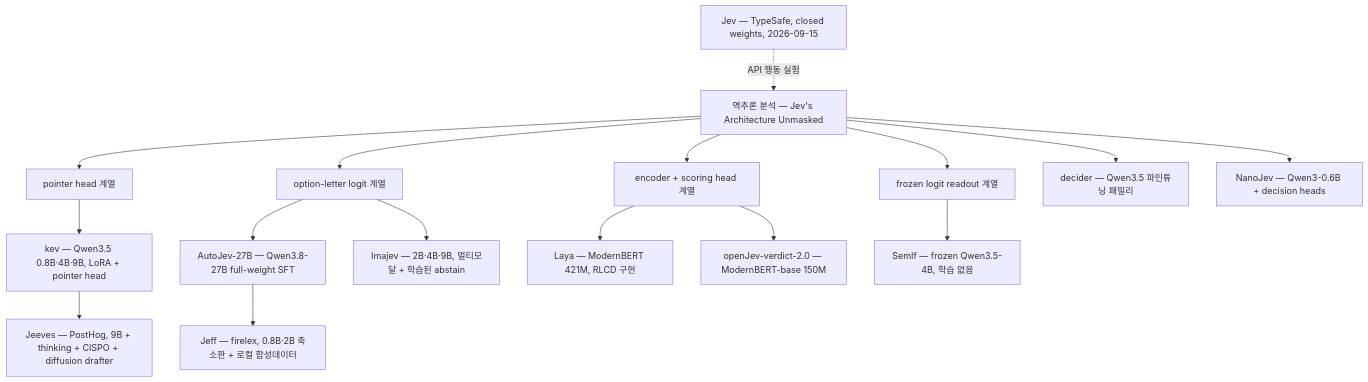
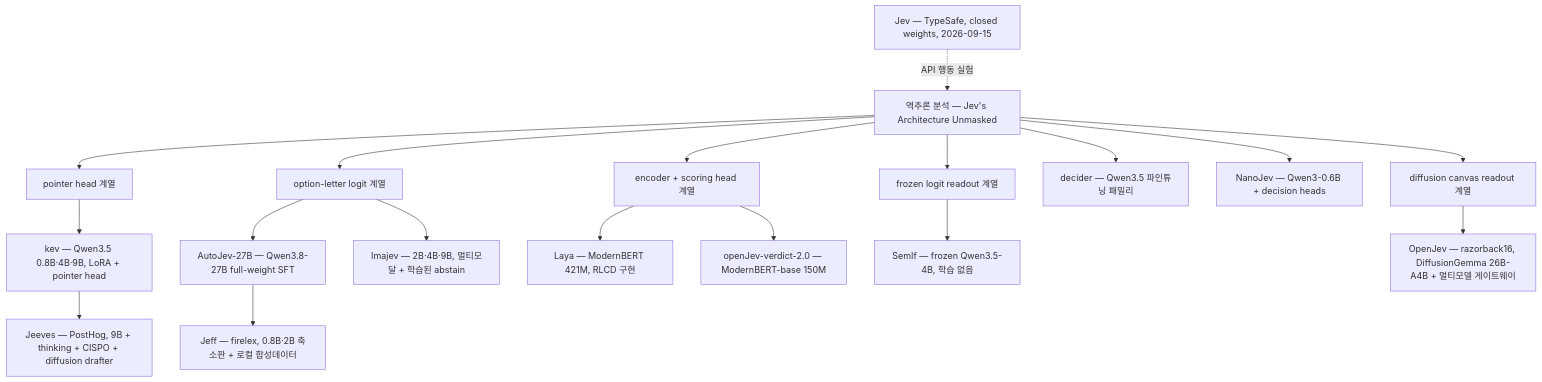
Before and after one commit to sangyun628/research: the second of 3 diagrams in ai-infrastructure/system-one-models/README.md, drawn with Mermaid. The commit also changed other lines of this file and 4 other files, not shown here.

First line of the commit message:
docs: OpenJev(razorback16) 추가 및 기존 주장 2건 정정

````diff
--- a/ai-infrastructure/system-one-models/README.md
+++ b/ai-infrastructure/system-one-models/README.md
@@ -49,22 +49,24 @@
 ```mermaid
 flowchart TB
   JEV["Jev — TypeSafe, closed weights, 2026-09-15"]
   AH["역추론 분석 — Jev's Architecture Unmasked"]
   JEV -.->|"API 행동 실험"| AH
 
   AH --> PH["pointer head 계열"]
   AH --> LL["option-letter logit 계열"]
   AH --> ENC["encoder + scoring head 계열"]
   AH --> FZ["frozen logit readout 계열"]
 
   PH --> KEV["kev — Qwen3.5 0.8B·4B·9B, LoRA + pointer head"]
   KEV --> JEEVES["Jeeves — PostHog, 9B + thinking + CISPO + diffusion drafter"]
   LL --> AUTOJEV["AutoJev-27B — Qwen3.8-27B full-weight SFT"]
   AUTOJEV --> JEFF["Jeff — firelex, 0.8B·2B 축소판 + 로컬 합성데이터"]
   LL --> IMAJEV["Imajev — 2B·4B·9B, 멀티모달 + 학습된 abstain"]
   AH --> DECIDER["decider — Qwen3.5 파인튜닝 패밀리"]
   ENC --> LAYA["Laya — ModernBERT 421M, RLCD 구현"]
   ENC --> VERDICT["openJev-verdict-2.0 — ModernBERT-base 150M"]
   FZ --> SEMIF["SemIf — frozen Qwen3.5-4B, 학습 없음"]
   AH --> NANO["NanoJev — Qwen3-0.6B + decision heads"]
+  AH --> DIFF["diffusion canvas readout 계열"]
+  DIFF --> OPENJEV["OpenJev — razorback16, DiffusionGemma 26B-A4B + 멀티모델 게이트웨이"]
 ```
````
